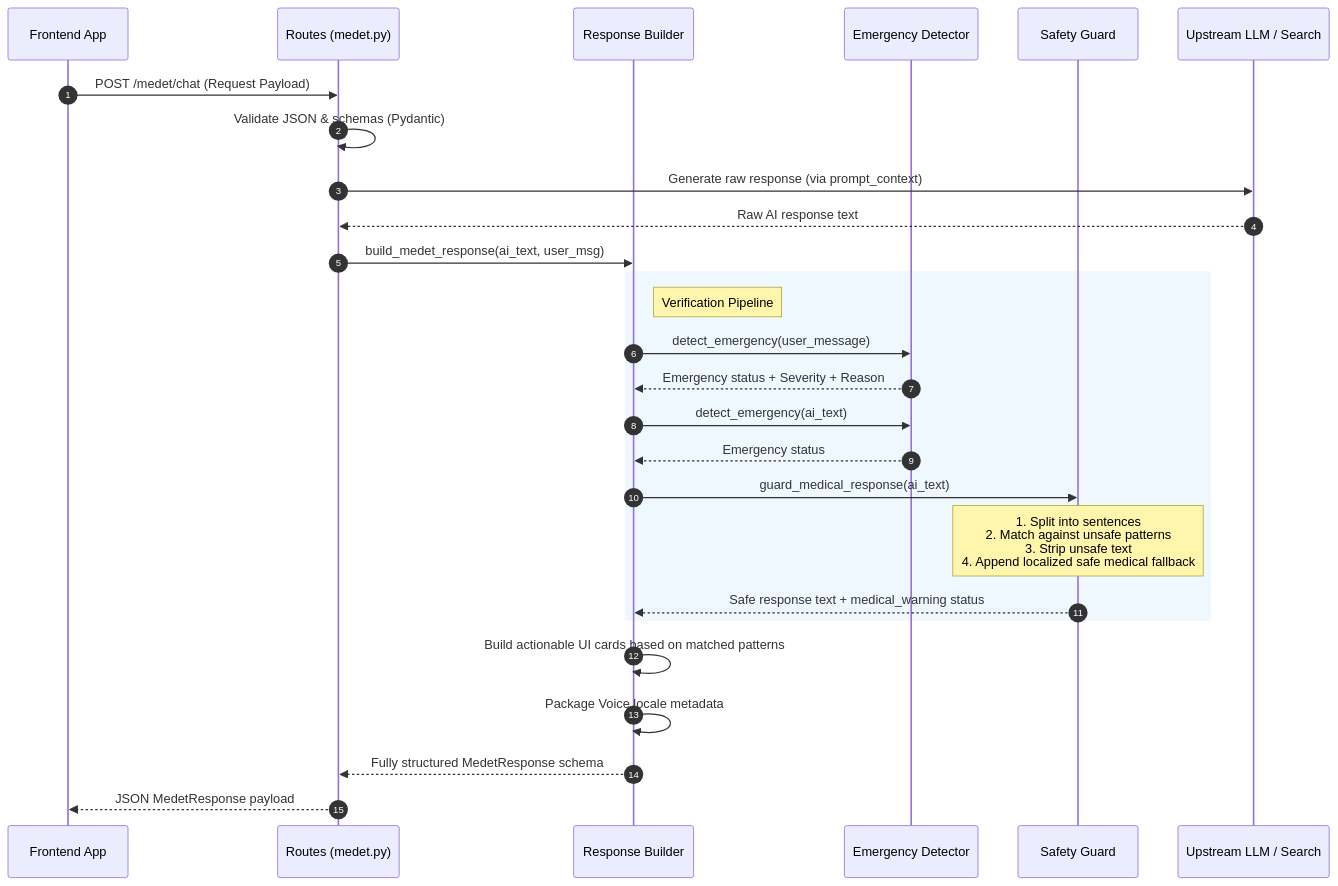
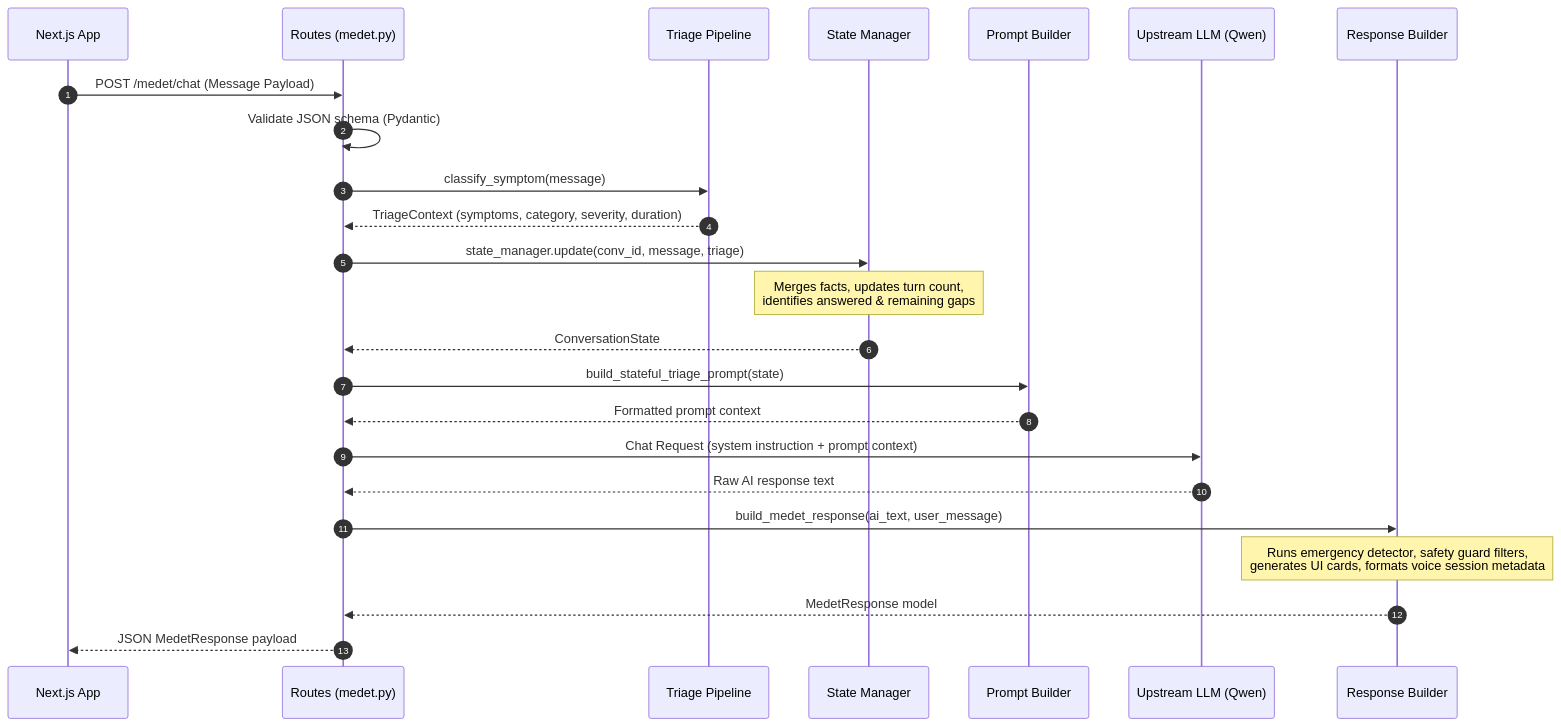
The diagram in medet_backend_analysis.md (nikhi20-900/medTech), drawn with Mermaid before and after one commit. The commit also changed other lines of this file and 14 other files, not shown here.

Commit message:
feat(triage): implement symptom triage pipeline and multi-turn conversation state engine

````diff
--- a/medet_backend_analysis.md
+++ b/medet_backend_analysis.md
@@ -128,32 +164,27 @@
 ```mermaid
 sequenceDiagram
     autonumber
-    participant Frontend as Frontend App
+    participant Client as Next.js App
     participant Route as Routes (medet.py)
-    participant Builder as Response Builder
-    participant ED as Emergency Detector
-    participant Safety as Safety Guard
-    participant LLM as Upstream LLM / Search
-
-    Frontend->>Route: POST /medet/chat (Request Payload)
-    Route->>Route: Validate JSON & schemas (Pydantic)
-    Route->>LLM: Generate raw response (via prompt_context)
+    participant Classifier as Triage Pipeline
+    participant CSM as State Manager
+    participant Builder as Prompt Builder
+    participant LLM as Upstream LLM (Qwen)
+    participant RB as Response Builder
+    
+    Client->>Route: POST /medet/chat (Message Payload)
+    Route->>Route: Validate JSON schema (Pydantic)
+    Route->>Classifier: classify_symptom(message)
+    Classifier-->>Route: TriageContext (symptoms, category, severity, duration)
+    Route->>CSM: state_manager.update(conv_id, message, triage)
+    Note over CSM: Merges facts, updates turn count,<br/>identifies answered & remaining gaps
+    CSM-->>Route: ConversationState
+    Route->>Builder: build_stateful_triage_prompt(state)
+    Builder-->>Route: Formatted prompt context
+    Route->>LLM: Chat Request (system instruction + prompt context)
     LLM-->>Route: Raw AI response text
-    Route->>Builder: build_medet_response(ai_text, user_msg)
-    
-    rect rgb(240, 248, 255)
-        note right of Builder: Verification Pipeline
-        Builder->>ED: detect_emergency(user_message)
-        ED-->>Builder: Emergency status + Severity + Reason
-        Builder->>ED: detect_emergency(ai_text)
-        ED-->>Builder: Emergency status
-        Builder->>Safety: guard_medical_response(ai_text)
-        note over Safety: 1. Split into sentences<br/>2. Match against unsafe patterns<br/>3. Strip unsafe text<br/>4. Append localized safe medical fallback
-        Safety-->>Builder: Safe response text + medical_warning status
-    end
-
-    Builder->>Builder: Build actionable UI cards based on matched patterns
-    Builder->>Builder: Package Voice locale metadata
-    Builder-->>Route: Fully structured MedetResponse schema
-    Route-->>Frontend: JSON MedetResponse payload
+    Route->>RB: build_medet_response(ai_text, user_message)
+    Note over RB: Runs emergency detector, safety guard filters,<br/>generates UI cards, formats voice session metadata
+    RB-->>Route: MedetResponse model
+    Route-->>Client: JSON MedetResponse payload
 ```
````
